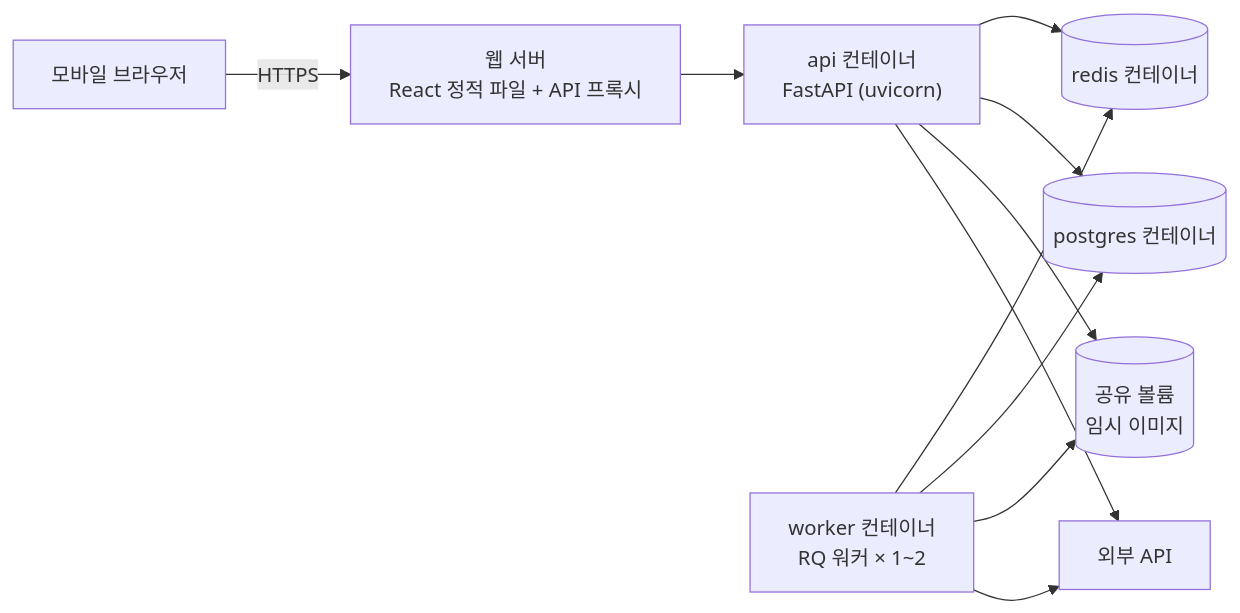
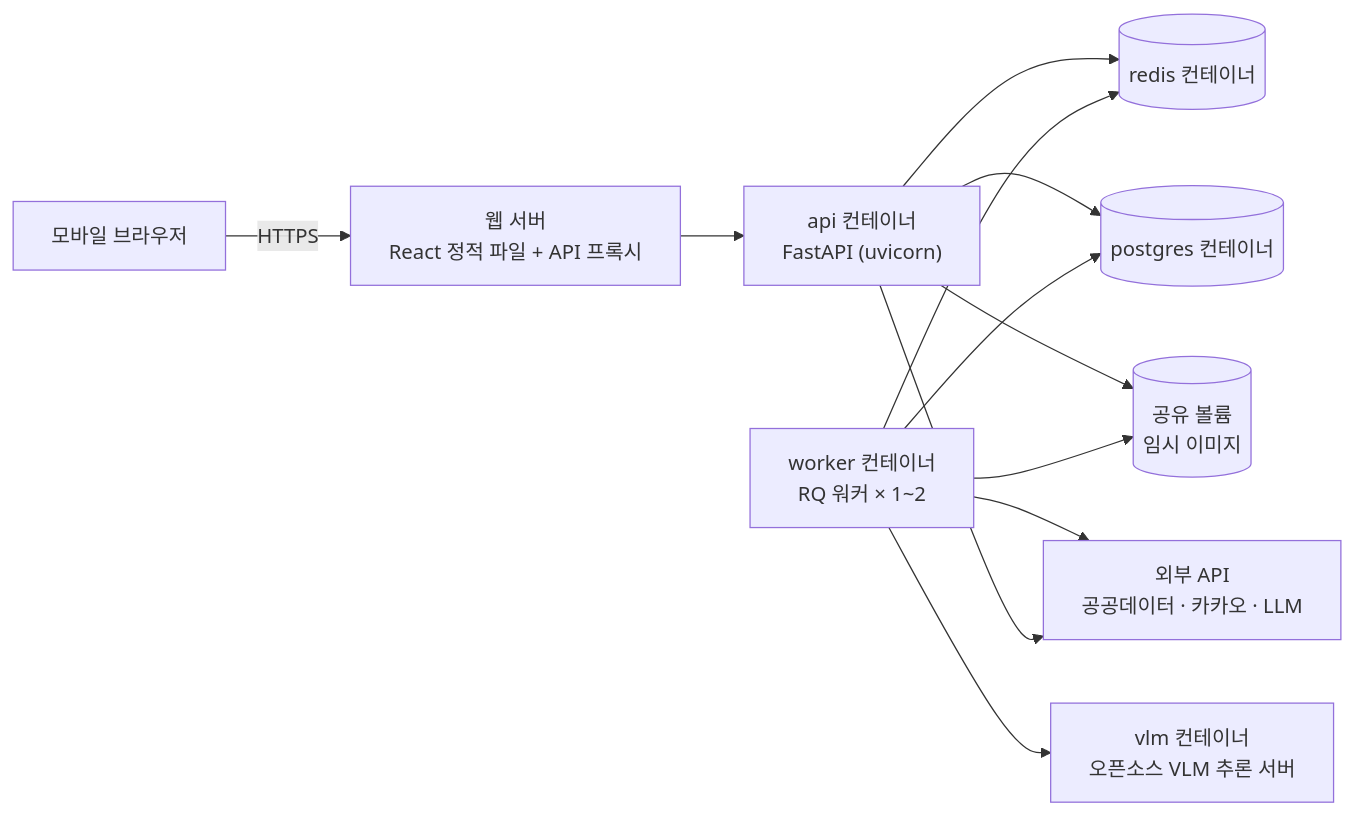
The fifth of 6 diagrams in docs/04-design/설계서_찰칵부산_v1.0.md (gokimkh123/SWEngineering-project-10), drawn with Mermaid before and after one commit. The commit also changed other lines of this file and 10 other files, not shown here.

First line of the commit message:
docs: AI 모델 방침 반영 — 오픈소스 VLM 자체 실행, 저가·무료 LLM

````diff
--- a/docs/04-design/설계서_찰칵부산_v1.0.md
+++ b/docs/04-design/설계서_찰칵부산_v1.0.md
@@ -259,13 +263,14 @@
 ```mermaid
 flowchart LR
   B["모바일 브라우저"] -->|HTTPS| N["웹 서버<br/>React 정적 파일 + API 프록시"]
   N --> API["api 컨테이너<br/>FastAPI (uvicorn)"]
   API --> R[("redis 컨테이너")]
   W["worker 컨테이너<br/>RQ 워커 × 1~2"] --> R
   API --> PG[("postgres 컨테이너")]
   W --> PG
   API --> V[("공유 볼륨<br/>임시 이미지")]
   W --> V
-  W --> EXT["외부 API"]
+  W --> VLM["vlm 컨테이너<br/>오픈소스 VLM 추론 서버"]
+  W --> EXT["외부 API<br/>공공데이터 · 카카오 · LLM"]
   API --> EXT
 ```
````
